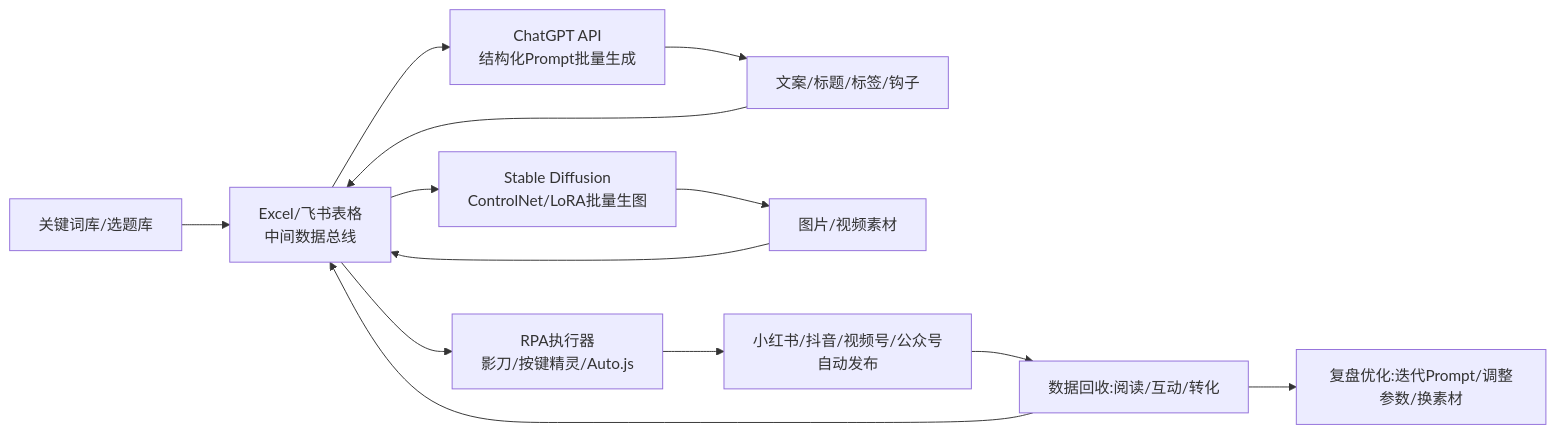
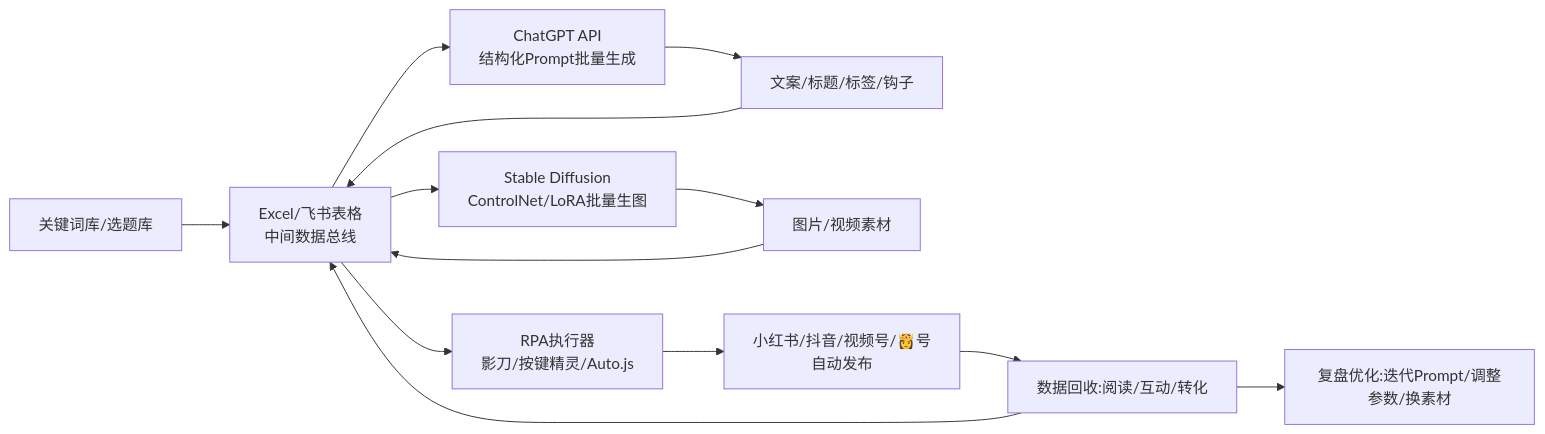
Before and after one commit to OpenDocCN1/flygon-zhuanqian-zhoubao: the second of 2 diagrams in docs/202305_paper2textbook/asset/body_fix_4c4f41e12551312cce8d62f184a8bba0_124b38ff3bd78af2f939139d8006db4d_705dabe3a6a12a756cd7e7473d3abe05_eb0ff743aa17f71ef02b5f9cfd824fa6.md, drawn with Mermaid. The commit also changed other lines of this file and 6688 other files, not shown here.

````diff
--- a/docs/202305_paper2textbook/asset/body_fix_4c4f41e12551312cce8d62f184a8bba0_124b38ff3bd78af2f939139d8006db4d_705dabe3a6a12a756cd7e7473d3abe05_eb0ff743aa17f71ef02b5f9cfd824fa6.md
+++ b/docs/202305_paper2textbook/asset/body_fix_4c4f41e12551312cce8d62f184a8bba0_124b38ff3bd78af2f939139d8006db4d_705dabe3a6a12a756cd7e7473d3abe05_eb0ff743aa17f71ef02b5f9cfd824fa6.md
@@ -610,15 +610,15 @@
 ```mermaid
 graph LR
     A[关键词库/选题库] --> B[Excel/飞书表格<br/>中间数据总线]
     B --> C[ChatGPT API<br/>结构化Prompt批量生成]
     C --> D[文案/标题/标签/钩子]
     D --> B
     B --> E[Stable Diffusion<br/>ControlNet/LoRA批量生图]
     E --> F[图片/视频素材]
     F --> B
     B --> G[RPA执行器<br/>影刀/按键精灵/Auto.js]
-    G --> H[小红书/抖音/视频号/公众号<br/>自动发布]
+    G --> H[小红书/抖音/视频号/👸号<br/>自动发布]
     H --> I[数据回收:阅读/互动/转化]
     I --> B
     I --> J[复盘优化:迭代Prompt/调整参数/换素材]
 ```
````
